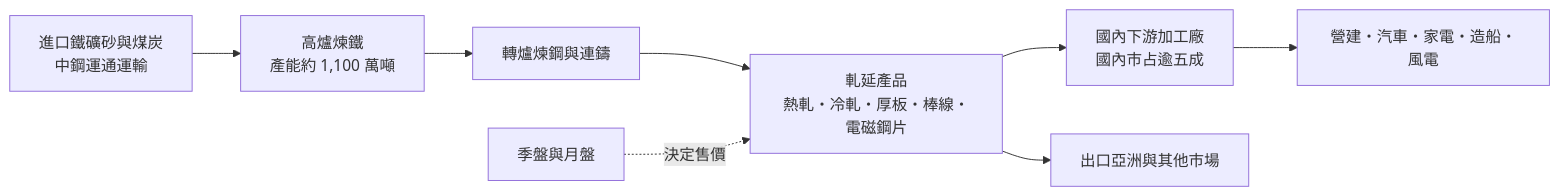
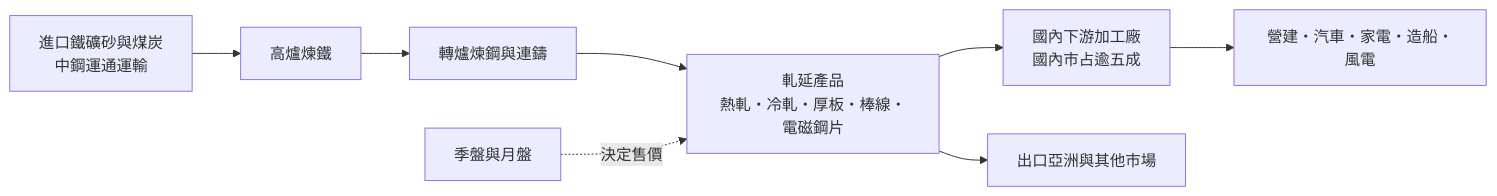
One commit to wangnick1004/taiwan-stock-vault changed the first of 3 diagrams in 個股/台股/2002中鋼.md. Above: the diagram before and after it, drawn with Mermaid. The commit also changed other lines of this file and 16 other files, not shown here.

````diff
--- a/個股/台股/2002中鋼.md
+++ b/個股/台股/2002中鋼.md
@@ -63,10 +60,10 @@
 ```mermaid
 flowchart LR
-    A[進口鐵礦砂與煤炭<br/>中鋼運通運輸] --> B[高爐煉鐵<br/>產能約 1,100 萬噸]
+    A["進口鐵礦砂與煤炭<br/>中鋼運通運輸"] --> B[高爐煉鐵]
     B --> C[轉爐煉鋼與連鑄]
-    C --> D[軋延產品<br/>熱軋・冷軋・厚板・棒線・電磁鋼片]
-    D --> E[國內下游加工廠<br/>國內市占逾五成]
+    C --> D["軋延產品<br/>熱軋・冷軋・厚板・棒線・電磁鋼片"]
+    D --> E["國內下游加工廠<br/>國內市占逾五成"]
     D --> F[出口亞洲與其他市場]
-    E --> G[營建・汽車・家電・造船・風電]
+    E --> G["營建・汽車・家電・造船・風電"]
     H[季盤與月盤] -. 決定售價 .-> D
 ```
````
